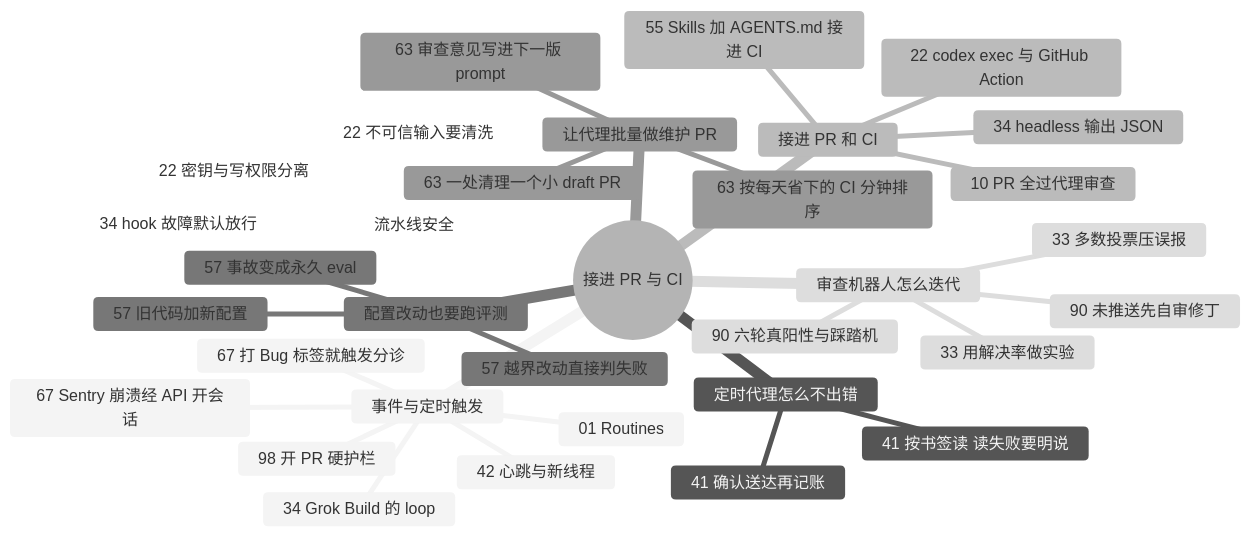
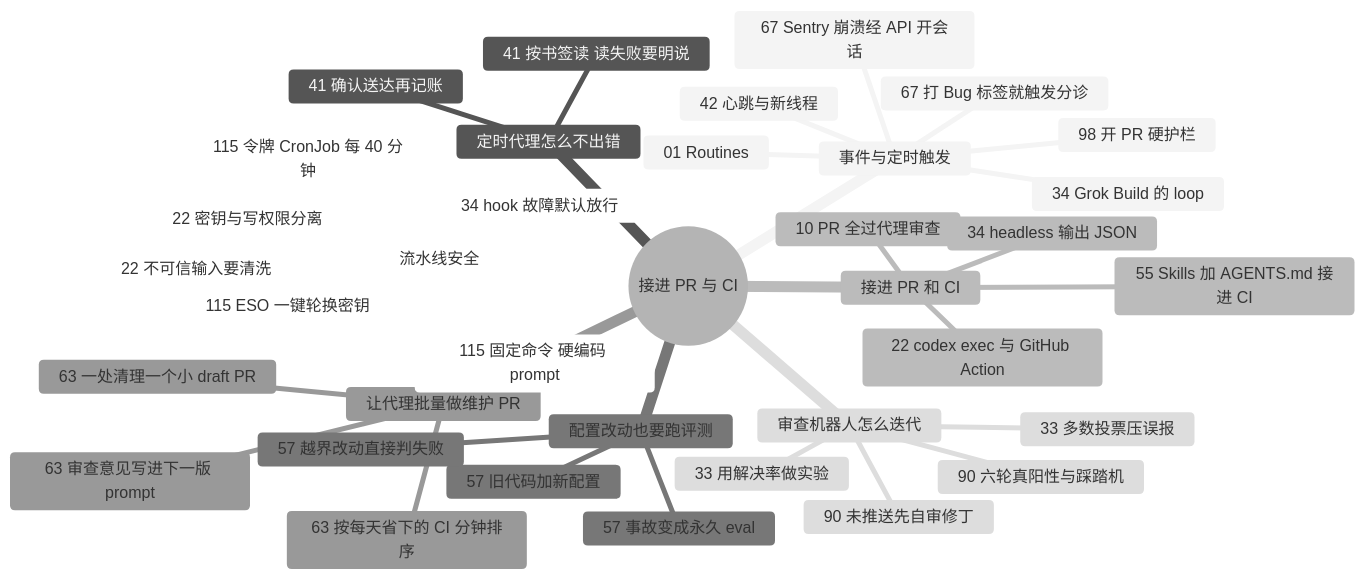
The diagram in docs/guide/ci.md (yzw7489757/ai-coding-videos), drawn with Mermaid (neutral theme) before and after one commit. The commit also changed other lines of this file and 17 other files, not shown here.

````diff
--- a/docs/guide/ci.md
+++ b/docs/guide/ci.md
@@ -13,36 +13,39 @@
 ```mermaid
 mindmap
   root((接进 PR 与 CI))
     事件与定时触发
       98 开 PR 硬护栏
       01 Routines
       34 Grok Build 的 loop
       42 心跳与新线程
       67 打 Bug 标签就触发分诊
       67 Sentry 崩溃经 API 开会话
     定时代理怎么不出错
       41 按书签读 读失败要明说
       41 确认送达再记账
     接进 PR 和 CI
       10 PR 全过代理审查
       22 codex exec 与 GitHub Action
       55 Skills 加 AGENTS.md 接进 CI
       34 headless 输出 JSON
     配置改动也要跑评测
       57 旧代码加新配置
       57 越界改动直接判失败
       57 事故变成永久 eval
     让代理批量做维护 PR
       63 一处清理一个小 draft PR
       63 审查意见写进下一版 prompt
       63 按每天省下的 CI 分钟排序
     审查机器人怎么迭代
       33 多数投票压误报
       33 用解决率做实验
       90 六轮真阳性与踩踏机
       90 未推送先自审修丁
     流水线安全
+      115 令牌 CronJob 每 40 分钟
+      115 ESO 一键轮换密钥
+      115 固定命令 硬编码 prompt
       22 密钥与写权限分离
       34 hook 故障默认放行
       22 不可信输入要清洗
 ```
````
